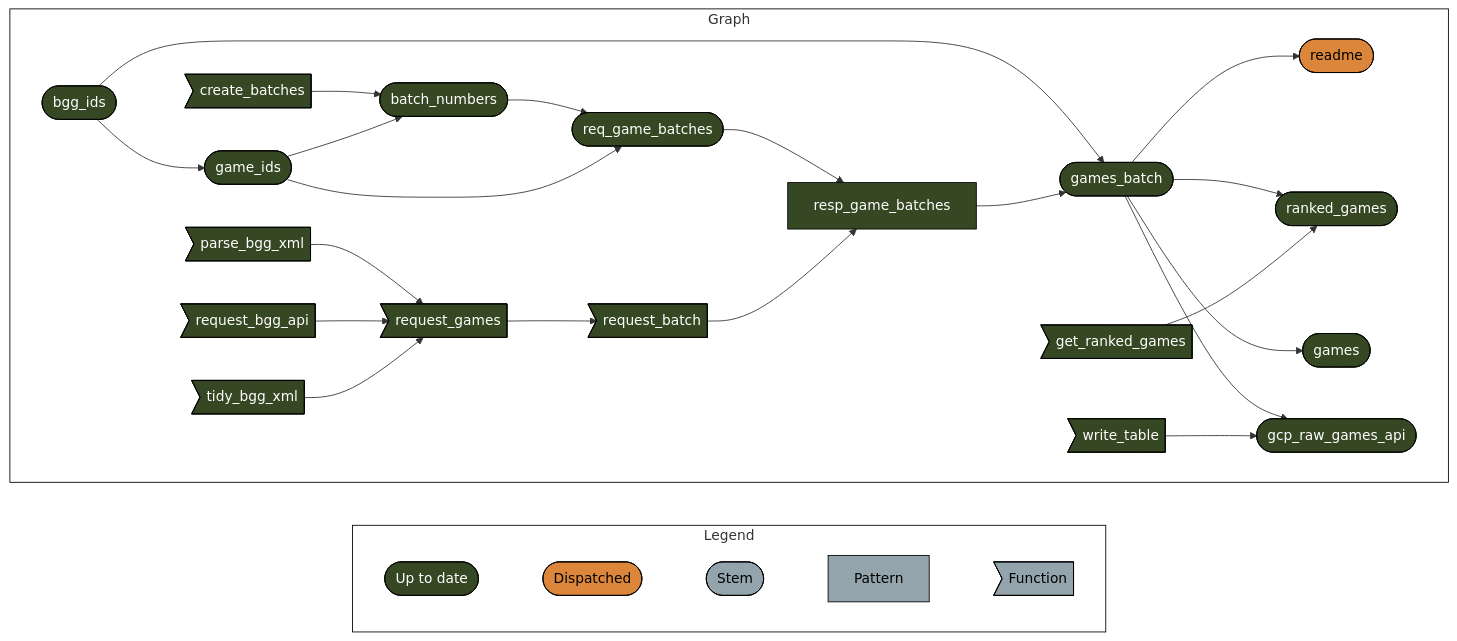
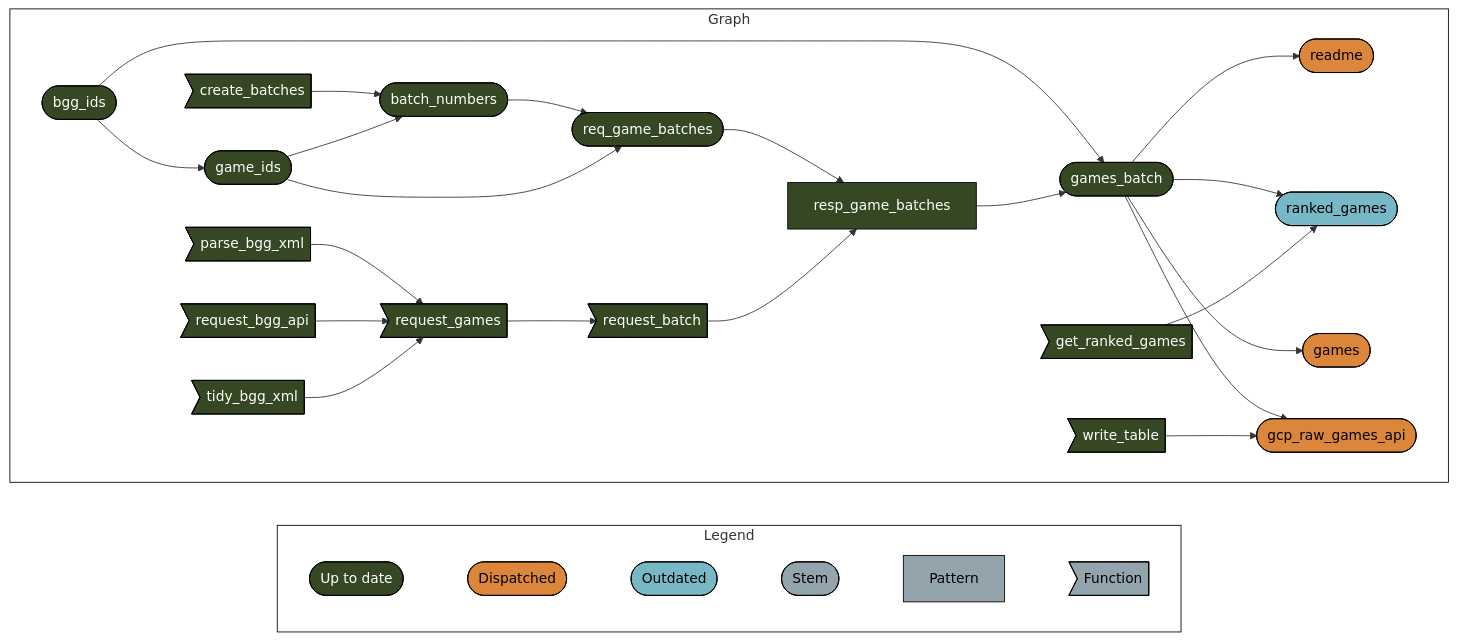
One commit to phenrickson/bgg_data changed the diagram in README.md. Above: the diagram before and after it, drawn with Mermaid. The commit also changed other lines of this file and 3 other files, not shown here.

````diff
--- a/README.md
+++ b/README.md
@@ -19,41 +21,44 @@
 ``` mermaid
 graph LR
   style Legend fill:#FFFFFF00,stroke:#000000;
   style Graph fill:#FFFFFF00,stroke:#000000;
   subgraph Legend
     direction LR
     xf1522833a4d242c5([""Up to date""]):::uptodate --- xb6630624a7b3aa0f([""Dispatched""]):::dispatched
-    xb6630624a7b3aa0f([""Dispatched""]):::dispatched --- xd03d7c7dd2ddda2b([""Stem""]):::none
+    xb6630624a7b3aa0f([""Dispatched""]):::dispatched --- x2db1ec7a48f65a9b([""Outdated""]):::outdated
+    x2db1ec7a48f65a9b([""Outdated""]):::outdated --- xd03d7c7dd2ddda2b([""Stem""]):::none
     xd03d7c7dd2ddda2b([""Stem""]):::none --- x6f7e04ea3427f824[""Pattern""]:::none
     x6f7e04ea3427f824[""Pattern""]:::none --- xeb2d7cac8a1ce544>""Function""]:::none
   end
   subgraph Graph
     direction LR
     xf9107f40574e0688>"parse_bgg_xml"]:::uptodate --> xb7d8ed75429dd2d3>"request_games"]:::uptodate
     xfa47bc4f9b7ff9d4>"request_bgg_api"]:::uptodate --> xb7d8ed75429dd2d3>"request_games"]:::uptodate
     x7df7644c63b276a4>"tidy_bgg_xml"]:::uptodate --> xb7d8ed75429dd2d3>"request_games"]:::uptodate
     xb7d8ed75429dd2d3>"request_games"]:::uptodate --> x2fa7a9263b0c6d5b>"request_batch"]:::uptodate
     xac4cca784f3ed72c(["bgg_ids"]):::uptodate --> x9dece1c65ecb5028(["games_batch"]):::uptodate
     x52391527f3798836["resp_game_batches"]:::uptodate --> x9dece1c65ecb5028(["games_batch"]):::uptodate
     x9dece1c65ecb5028(["games_batch"]):::uptodate --> xc11069275cfeb620(["readme"]):::dispatched
     x7dbf8de746cff5f0>"create_batches"]:::uptodate --> xba75b35d0a8e6e78(["batch_numbers"]):::uptodate
     x2d4f1c2653f94fa0(["game_ids"]):::uptodate --> xba75b35d0a8e6e78(["batch_numbers"]):::uptodate
-    x9dece1c65ecb5028(["games_batch"]):::uptodate --> xbfb25272bc64f3d1(["ranked_games"]):::uptodate
-    x2cf794a60330f53b>"get_ranked_games"]:::uptodate --> xbfb25272bc64f3d1(["ranked_games"]):::uptodate
+    x9dece1c65ecb5028(["games_batch"]):::uptodate --> xbfb25272bc64f3d1(["ranked_games"]):::outdated
+    x2cf794a60330f53b>"get_ranked_games"]:::uptodate --> xbfb25272bc64f3d1(["ranked_games"]):::outdated
     xba75b35d0a8e6e78(["batch_numbers"]):::uptodate --> x3b8eb25aed2fb160(["req_game_batches"]):::uptodate
     x2d4f1c2653f94fa0(["game_ids"]):::uptodate --> x3b8eb25aed2fb160(["req_game_batches"]):::uptodate
-    x9dece1c65ecb5028(["games_batch"]):::uptodate --> x574e5c623f867900(["games"]):::uptodate
+    x9dece1c65ecb5028(["games_batch"]):::uptodate --> x574e5c623f867900(["games"]):::dispatched
     xac4cca784f3ed72c(["bgg_ids"]):::uptodate --> x2d4f1c2653f94fa0(["game_ids"]):::uptodate
-    x9dece1c65ecb5028(["games_batch"]):::uptodate --> xfee87d03ded1f217(["gcp_raw_games_api"]):::uptodate
-    x82de3cade2b2f46e>"write_table"]:::uptodate --> xfee87d03ded1f217(["gcp_raw_games_api"]):::uptodate
+    x9dece1c65ecb5028(["games_batch"]):::uptodate --> xfee87d03ded1f217(["gcp_raw_games_api"]):::dispatched
+    x82de3cade2b2f46e>"write_table"]:::uptodate --> xfee87d03ded1f217(["gcp_raw_games_api"]):::dispatched
     x3b8eb25aed2fb160(["req_game_batches"]):::uptodate --> x52391527f3798836["resp_game_batches"]:::uptodate
     x2fa7a9263b0c6d5b>"request_batch"]:::uptodate --> x52391527f3798836["resp_game_batches"]:::uptodate
   end
   classDef uptodate stroke:#000000,color:#ffffff,fill:#354823;
   classDef dispatched stroke:#000000,color:#000000,fill:#DC863B;
+  classDef outdated stroke:#000000,color:#000000,fill:#78B7C5;
   classDef none stroke:#000000,color:#000000,fill:#94a4ac;
   linkStyle 0 stroke-width:0px;
   linkStyle 1 stroke-width:0px;
   linkStyle 2 stroke-width:0px;
   linkStyle 3 stroke-width:0px;
+  linkStyle 4 stroke-width:0px;
 ```
````
